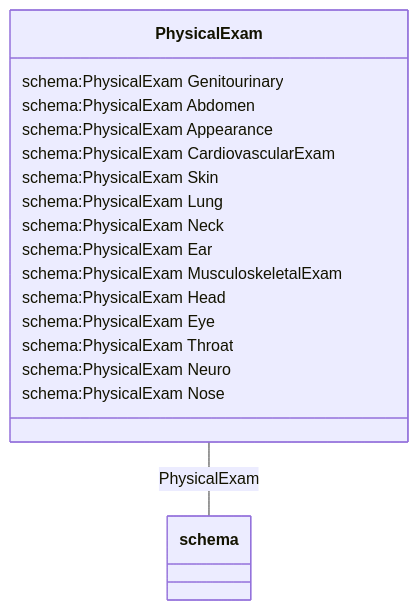
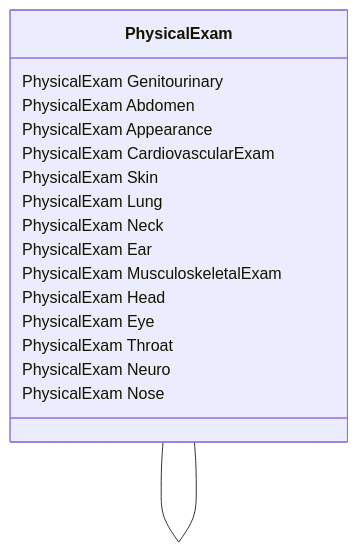
One commit to codexstanford/Insurance-Payout-Ontology changed the diagram in datamodel-build/mermaid/PhysicalExam.mmd. Above: the diagram before and after it, drawn with Mermaid. The commit also changed 3245 other files, not shown here.

Commit message:
Clean build with full schema

```diff
--- a/datamodel-build/mermaid/PhysicalExam.mmd
+++ b/datamodel-build/mermaid/PhysicalExam.mmd
@@ -1,22 +1,22 @@
 classDiagram
-  PhysicalExam -- schema:PhysicalExam
+  PhysicalExam -- PhysicalExam
 
 
 class PhysicalExam {
 
-  schema:PhysicalExam Genitourinary
-  schema:PhysicalExam Abdomen
-  schema:PhysicalExam Appearance
-  schema:PhysicalExam CardiovascularExam
-  schema:PhysicalExam Skin
-  schema:PhysicalExam Lung
-  schema:PhysicalExam Neck
-  schema:PhysicalExam Ear
-  schema:PhysicalExam MusculoskeletalExam
-  schema:PhysicalExam Head
-  schema:PhysicalExam Eye
-  schema:PhysicalExam Throat
-  schema:PhysicalExam Neuro
-  schema:PhysicalExam Nose
+  PhysicalExam Genitourinary
+  PhysicalExam Abdomen
+  PhysicalExam Appearance
+  PhysicalExam CardiovascularExam
+  PhysicalExam Skin
+  PhysicalExam Lung
+  PhysicalExam Neck
+  PhysicalExam Ear
+  PhysicalExam MusculoskeletalExam
+  PhysicalExam Head
+  PhysicalExam Eye
+  PhysicalExam Throat
+  PhysicalExam Neuro
+  PhysicalExam Nose
 
  }
```
